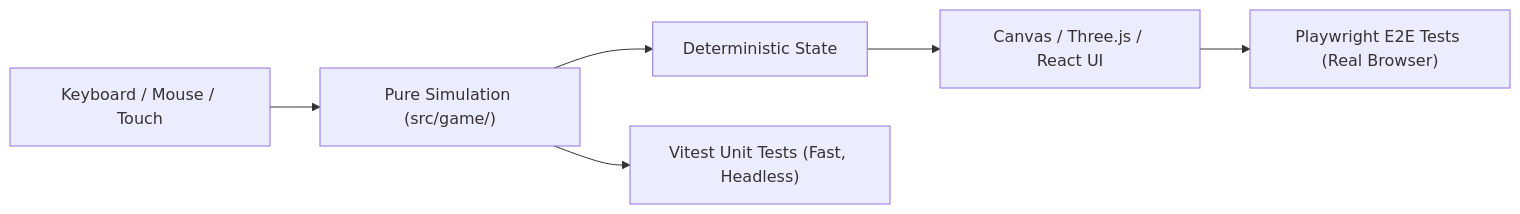
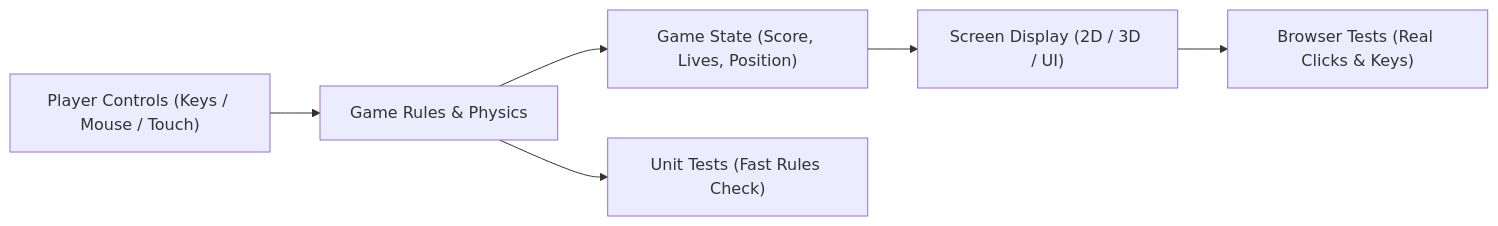
The diagram in courses/day-02-game-dev-concepts/README.md (vuhung16au/gemini-games), drawn with Mermaid before and after one commit. The commit also changed other lines of this file and 30 other files, not shown here.

````diff
--- a/courses/day-02-game-dev-concepts/README.md
+++ b/courses/day-02-game-dev-concepts/README.md
@@ -12,8 +12,8 @@
 ```mermaid
 flowchart LR
-  Input["Keyboard / Mouse / Touch"] --> Sim["Pure Simulation (src/game/)"]
-  Sim --> State["Deterministic State"]
-  State --> Render["Canvas / Three.js / React UI"]
-  Sim --> Tests["Vitest Unit Tests (Fast, Headless)"]
-  Render --> E2E["Playwright E2E Tests (Real Browser)"]
+  Input["Player Controls (Keys / Mouse / Touch)"] --> Sim["Game Rules & Physics"]
+  Sim --> State["Game State (Score, Lives, Position)"]
+  State --> Render["Screen Display (2D / 3D / UI)"]
+  Sim --> Tests["Unit Tests (Fast Rules Check)"]
+  Render --> E2E["Browser Tests (Real Clicks & Keys)"]
 ```
````
